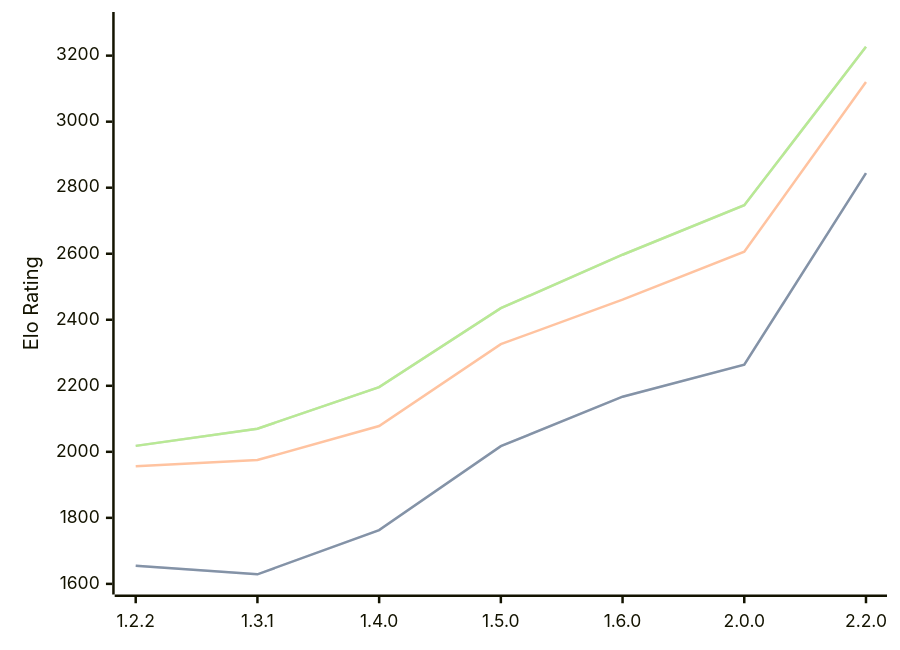
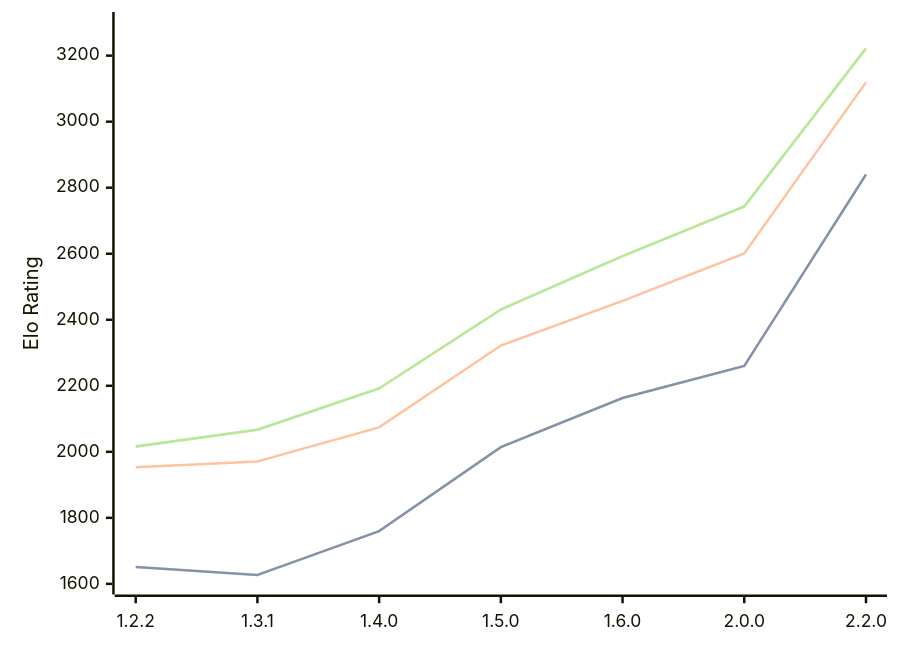
Before and after one commit to computer-chess-index/cci: the first of 3 diagrams in engines/SoloEngine.md, drawn with Mermaid. The commit also changed other lines of this file, not shown here.

Commit message:
Update CCI Ratings (ELO VLTC) - 2026-07-16

````diff
--- a/engines/SoloEngine.md
+++ b/engines/SoloEngine.md
@@ -38,11 +38,11 @@
 ```mermaid
 %%{init: {"theme":"base","themeVariables":{"seriesColors:['#a3a3a3','#222221','#faa371']}}}%%
 xychart-beta
   x-axis ["1.2.2", "1.3.1", "1.4.0", "1.5.0", "1.6.0", "2.0.0", "2.2.0"]
   y-axis "Elo Rating" 1600 --> 3300
-  line "STC (8.0+0.08s)" [1655, 1629, 1763, 2017, 2167, 2264, 2844]
-  line "STC (8.0+0.08s)" [1655, 1629, 1763, 2017, 2167, 2264, 2844]
-  line "LTC (60.0+0.60s)" [1956, 1975, 2078, 2326, 2461, 2606, 3120]
-  line "VLTC (2m24s+1.12s)" [2018, 2070, 2196, 2435, 2597, 2747, 3227]
-  line "VLTC (2m24s+1.12s)" [2018, 2070, 2196, 2435, 2597, 2747, 3227]
+  line "STC (8.0+0.08s)" [1651, 1627, 1760, 2014, 2163, 2260, 2840]
+  line "STC (8.0+0.08s)" [1651, 1627, 1760, 2014, 2163, 2260, 2840]
+  line "LTC (60.0+0.60s)" [1953, 1971, 2074, 2322, 2457, 2601, 3119]
+  line "VLTC (2m24s+1.12s)" [2016, 2067, 2192, 2431, 2593, 2743, 3222]
+  line "VLTC (2m24s+1.12s)" [2016, 2067, 2192, 2431, 2593, 2743, 3222]
 ```
````
